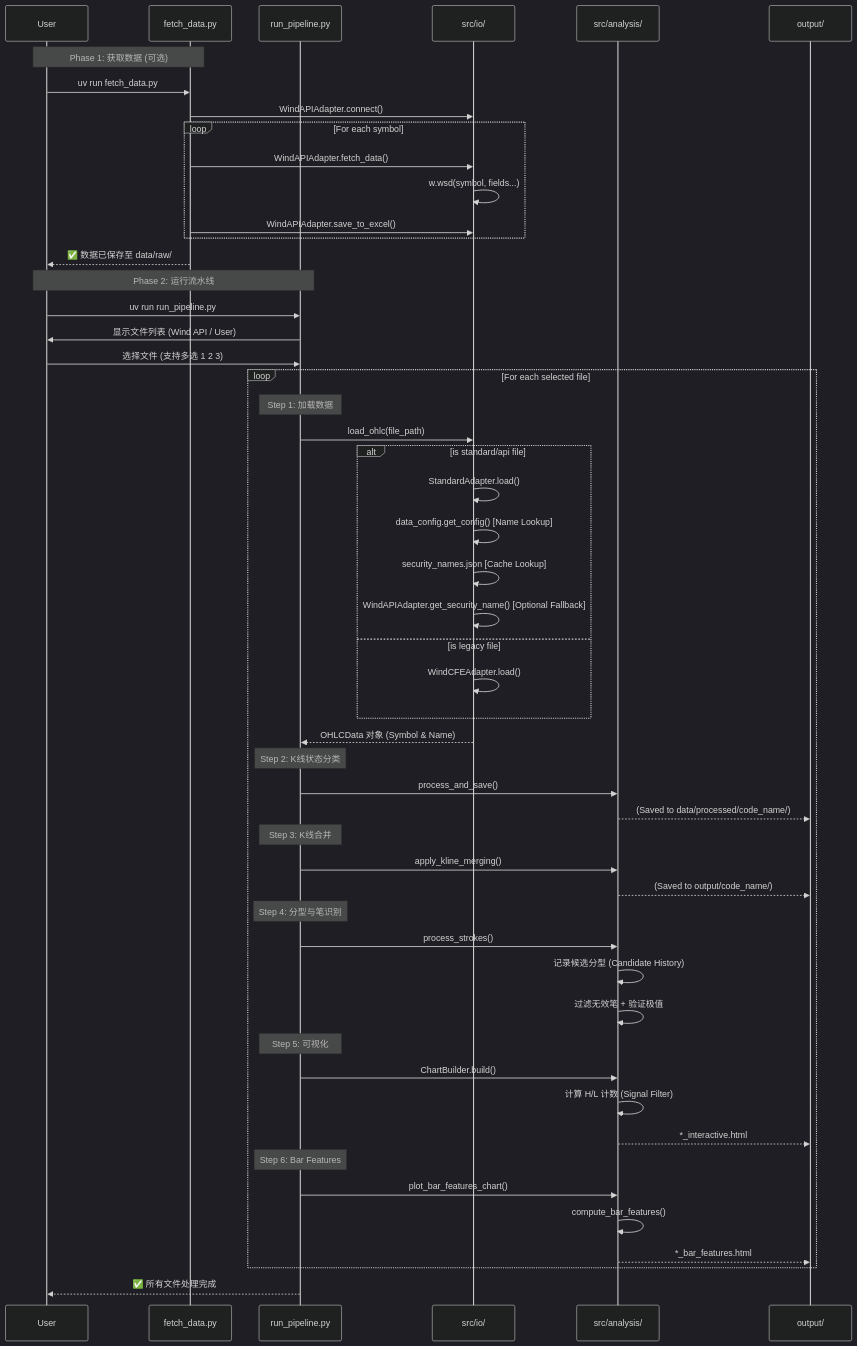
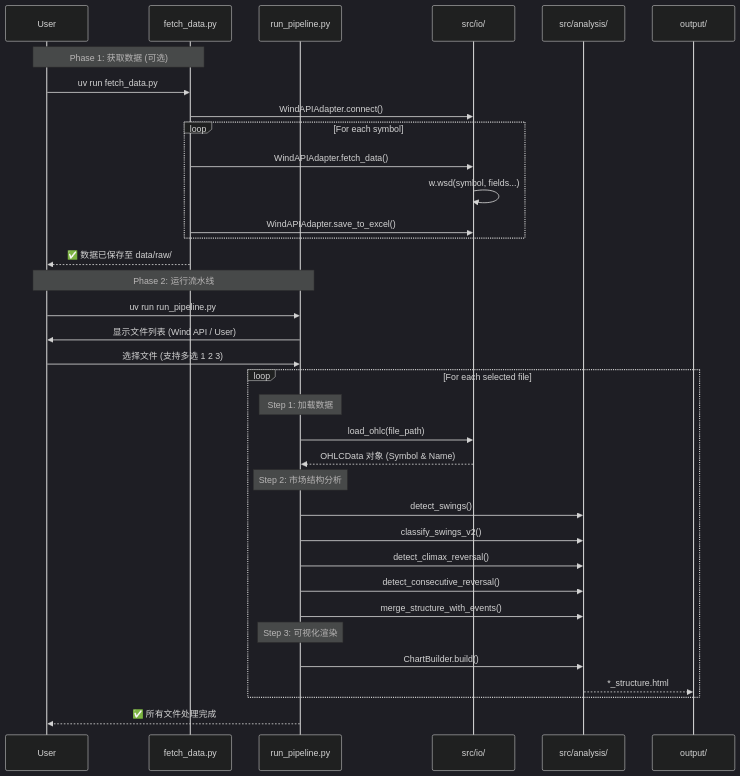
The second of 3 diagrams in WORKFLOW.md (terry-an-investor/chart-analysis), drawn with Mermaid (dark theme) before and after one commit. The commit also changed other lines of this file and 2 other files, not shown here.

Commit message:
refactor(docs): reflect new module structure in README.md and ROADMAP.md; update WORKFLOW.md to match refactor

````diff
--- a/WORKFLOW.md
+++ b/WORKFLOW.md
@@ -124,65 +100,45 @@
 ```mermaid
 sequenceDiagram
     participant User
     participant Fetch as fetch_data.py
     participant Pipeline as run_pipeline.py
     participant IO as src/io/
     participant Analysis as src/analysis/
     participant Output as output/
     
     %% Phase 1: Data Fetching
     Note over User, Fetch: Phase 1: 获取数据 (可选)
     User->>Fetch: uv run fetch_data.py
     Fetch->>IO: WindAPIAdapter.connect()
     loop For each symbol
         Fetch->>IO: WindAPIAdapter.fetch_data()
         IO->>IO: w.wsd(symbol, fields...)
         Fetch->>IO: WindAPIAdapter.save_to_excel()
     end
     Fetch-->>User: ✅ 数据已保存至 data/raw/
     
     %% Phase 2: Analysis Pipeline
     Note over User, Pipeline: Phase 2: 运行流水线
     User->>Pipeline: uv run run_pipeline.py
     Pipeline->>User: 显示文件列表 (Wind API / User)
     User->>Pipeline: 选择文件 (支持多选 1 2 3)
     
     loop For each selected file
         Note over Pipeline: Step 1: 加载数据
         Pipeline->>IO: load_ohlc(file_path)
-        alt is standard/api file
-            IO->>IO: StandardAdapter.load()
-            IO->>IO: data_config.get_config() [Name Lookup]
-            IO->>IO: security_names.json [Cache Lookup]
-            IO->>IO: WindAPIAdapter.get_security_name() [Optional Fallback]
-        else is legacy file
-            IO->>IO: WindCFEAdapter.load()
-        end
         IO-->>Pipeline: OHLCData 对象 (Symbol & Name)
         
-        Note over Pipeline: Step 2: K线状态分类
-        Pipeline->>Analysis: process_and_save()
-        Analysis-->>Output: (Saved to data/processed/code_name/)
+        Note over Pipeline: Step 2: 市场结构分析
+        Pipeline->>Analysis: detect_swings()
+        Pipeline->>Analysis: classify_swings_v2()
+        Pipeline->>Analysis: detect_climax_reversal()
+        Pipeline->>Analysis: detect_consecutive_reversal()
+        Pipeline->>Analysis: merge_structure_with_events()
         
-        Note over Pipeline: Step 3: K线合并
-        Pipeline->>Analysis: apply_kline_merging()
-        Analysis-->>Output: (Saved to output/code_name/)
-        
-        Note over Pipeline: Step 4: 分型与笔识别
-        Pipeline->>Analysis: process_strokes()
-        Analysis->>Analysis: 记录候选分型 (Candidate History)
-        Analysis->>Analysis: 过滤无效笔 + 验证极值
-        
-        Note over Pipeline: Step 5: 可视化
+        Note over Pipeline: Step 3: 可视化渲染
         Pipeline->>Analysis: ChartBuilder.build()
-        Analysis->>Analysis: 计算 H/L 计数 (Signal Filter)
-        Analysis-->>Output: *_interactive.html
-        
-        Note over Pipeline: Step 6: Bar Features
-        Pipeline->>Analysis: plot_bar_features_chart()
-        Analysis->>Analysis: compute_bar_features()
-        Analysis-->>Output: *_bar_features.html
+        Analysis-->>Output: *_structure.html
     end
-    
+
     Pipeline-->>User: ✅ 所有文件处理完成
 ```
````
